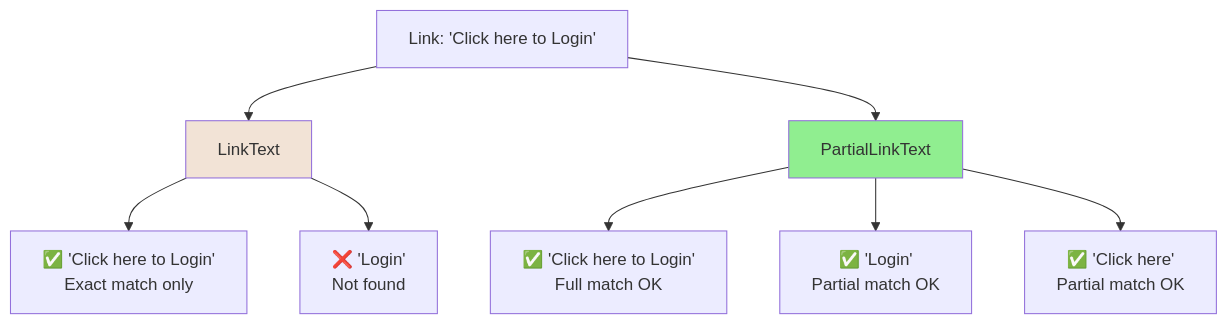
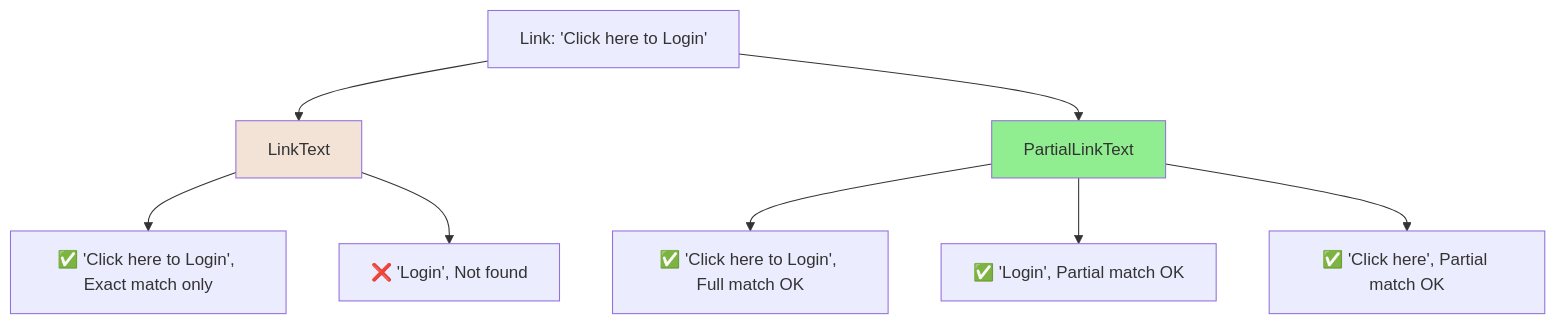
Before and after one commit to namnd0806/automation-testing-cource: the fifth of 6 diagrams in 05-locators-8-strategies.md, drawn with Mermaid. The commit also changed other lines of this file and 4 other files, not shown here.

First line of the commit message:
Fix: Sửa tất cả sơ đồ Mermaid lỗi format

````diff
--- a/05-locators-8-strategies.md
+++ b/05-locators-8-strategies.md
@@ -485,17 +485,17 @@
 ```mermaid
 graph TD
     A[Link: 'Click here to Login']
     
     A --> B[LinkText]
     A --> C[PartialLinkText]
     
-    B --> D[✅ 'Click here to Login'<br/>Exact match only]
-    B --> E[❌ 'Login'<br/>Not found]
+    B --> D[✅ 'Click here to Login', Exact match only]
+    B --> E[❌ 'Login', Not found]
     
-    C --> F[✅ 'Click here to Login'<br/>Full match OK]
-    C --> G[✅ 'Login'<br/>Partial match OK]
-    C --> H[✅ 'Click here'<br/>Partial match OK]
+    C --> F[✅ 'Click here to Login', Full match OK]
+    C --> G[✅ 'Login', Partial match OK]
+    C --> H[✅ 'Click here', Partial match OK]
     
     style B fill:#F2E3D6
     style C fill:#90EE90
 ```
````
